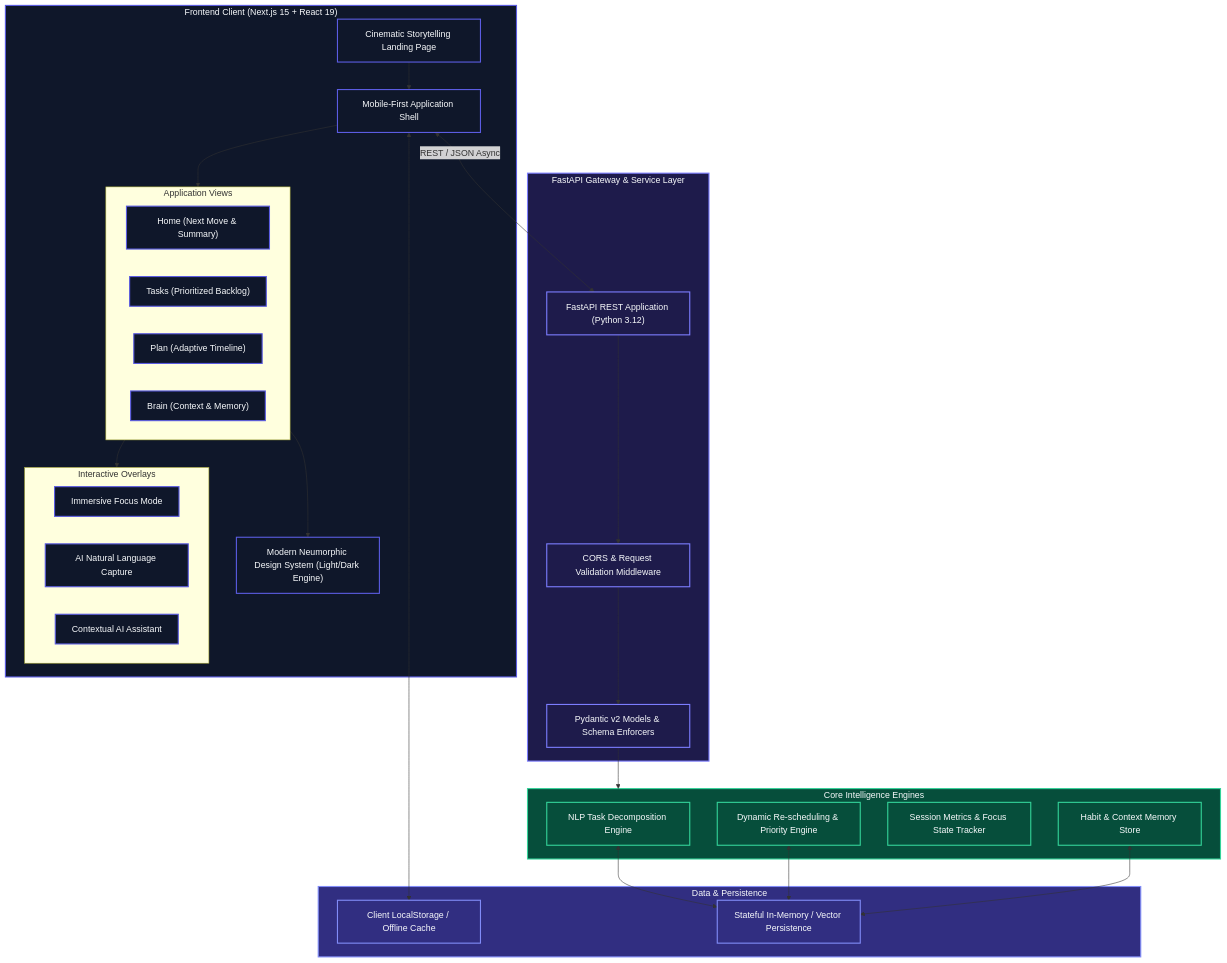
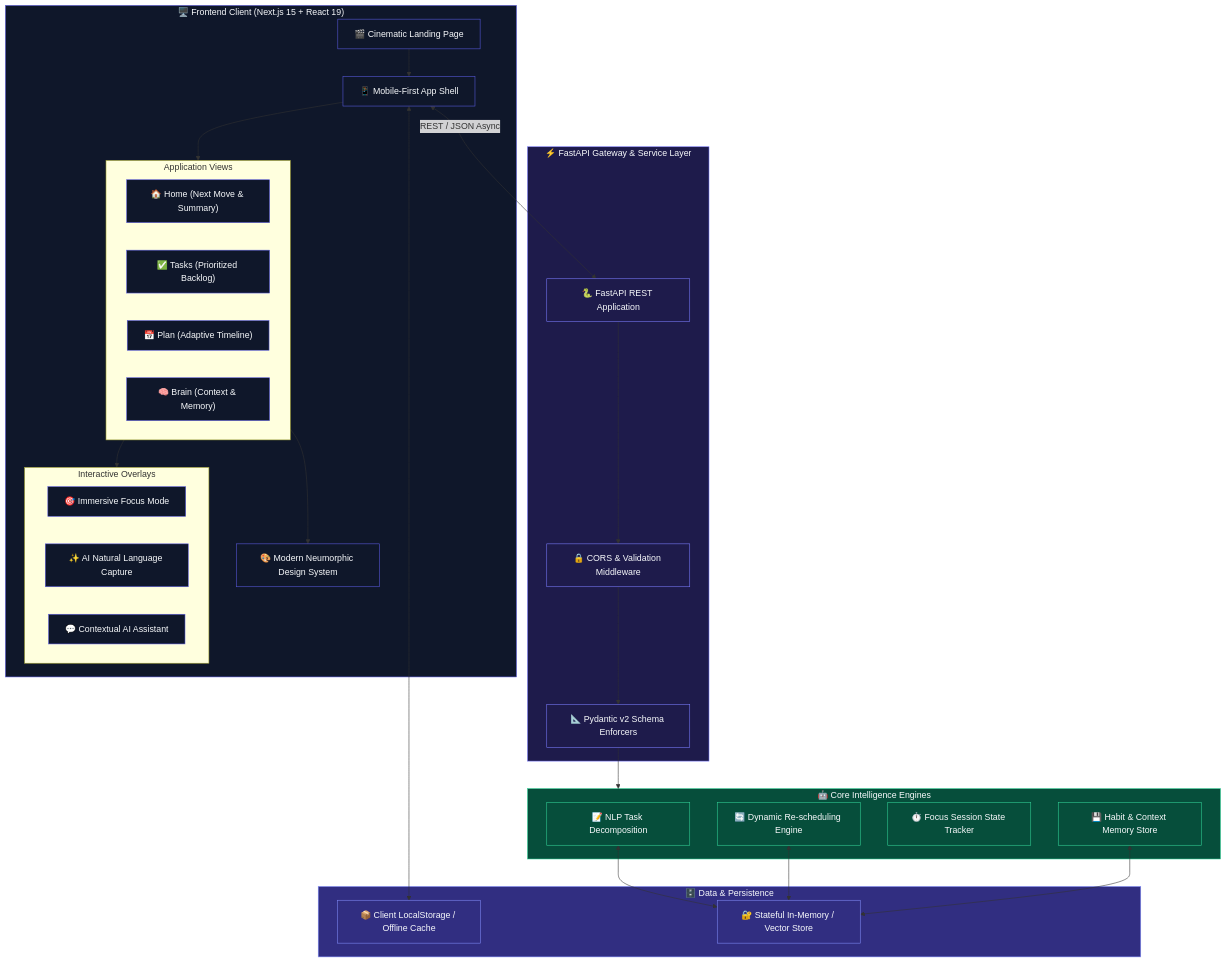
Before and after one commit to srinivas2s/flow: the second of 2 diagrams in README.md, drawn with Mermaid. The commit also changed other lines of this file, not shown here.

````diff
--- a/README.md
+++ b/README.md
@@ -98,66 +120,65 @@
 ```mermaid
 graph TB
-    subgraph Client["Frontend Client (Next.js 15 + React 19)"]
-        Landing["Cinematic Storytelling Landing Page"]
-        AppShell["Mobile-First Application Shell"]
-        
+    subgraph Client["🖥️ Frontend Client (Next.js 15 + React 19)"]
+        Landing["🎬 Cinematic Landing Page"]
+        AppShell["📱 Mobile-First App Shell"]
+
         subgraph AppScreens["Application Views"]
-            HomeScreen["Home (Next Move & Summary)"]
-            TaskScreen["Tasks (Prioritized Backlog)"]
-            PlanScreen["Plan (Adaptive Timeline)"]
-            BrainScreen["Brain (Context & Memory)"]
+            HomeScreen["🏠 Home (Next Move & Summary)"]
+            TaskScreen["✅ Tasks (Prioritized Backlog)"]
+            PlanScreen["📅 Plan (Adaptive Timeline)"]
+            BrainScreen["🧠 Brain (Context & Memory)"]
         end
-        
-        subgraph ModalsOverlays["Interactive Overlays"]
-            FocusOverlay["Immersive Focus Mode"]
-            CaptureModal["AI Natural Language Capture"]
-            AssistantDrawer["Contextual AI Assistant"]
+
+        subgraph Overlays["Interactive Overlays"]
+            FocusOverlay["🎯 Immersive Focus Mode"]
+            CaptureModal["✨ AI Natural Language Capture"]
+            AssistantDrawer["💬 Contextual AI Assistant"]
         end
-        
-        DesignSys["Modern Neumorphic Design System (Light/Dark Engine)"]
+
+        DesignSys["🎨 Modern Neumorphic Design System"]
     end
 
-    subgraph BackendGateway["FastAPI Gateway & Service Layer"]
-        FastAPIApp["FastAPI REST Application (Python 3.12)"]
-        CORS["CORS & Request Validation Middleware"]
-        PydanticSchemas["Pydantic v2 Models & Schema Enforcers"]
+    subgraph Backend["⚡ FastAPI Gateway & Service Layer"]
+        FastAPIApp["🐍 FastAPI REST Application"]
+        CORS["🔒 CORS & Validation Middleware"]
+        PydanticSchemas["📐 Pydantic v2 Schema Enforcers"]
     end
 
-    subgraph CoreEngines["Core Intelligence Engines"]
-        DecompEngine["NLP Task Decomposition Engine"]
-        AdaptiveEngine["Dynamic Re-scheduling & Priority Engine"]
-        FocusEngine["Session Metrics & Focus State Tracker"]
-        MemoryEngine["Habit & Context Memory Store"]
+    subgraph Engines["🤖 Core Intelligence Engines"]
+        DecompEngine["📝 NLP Task Decomposition"]
+        AdaptiveEngine["🔄 Dynamic Re-scheduling Engine"]
+        FocusEngine["⏱️ Focus Session State Tracker"]
+        MemoryEngine["💾 Habit & Context Memory Store"]
     end
 
-    subgraph DataStorage["Data & Persistence"]
-        LocalCache["Client LocalStorage / Offline Cache"]
-        BackendStore["Stateful In-Memory / Vector Persistence"]
+    subgraph Data["🗄️ Data & Persistence"]
+        LocalCache["📦 Client LocalStorage / Offline Cache"]
+        BackendStore["🔐 Stateful In-Memory / Vector Store"]
     end
 
-    %% Connections
-    Landing --> AppShell
-    AppShell --> AppScreens
-    AppScreens --> ModalsOverlays
+    Landing    --> AppShell
+    AppShell   --> AppScreens
+    AppScreens --> Overlays
     AppScreens --> DesignSys
-    
-    AppShell <-->|REST / JSON Async| FastAPIApp
-    FastAPIApp --> CORS
-    CORS --> PydanticSchemas
-    PydanticSchemas --> CoreEngines
-    
-    DecompEngine <--> BackendStore
+
+    AppShell          <-->|"REST / JSON Async"| FastAPIApp
+    FastAPIApp        --> CORS
+    CORS              --> PydanticSchemas
+    PydanticSchemas   --> Engines
+
+    DecompEngine   <--> BackendStore
     AdaptiveEngine <--> BackendStore
-    MemoryEngine <--> BackendStore
-    AppShell <--> LocalCache
+    MemoryEngine   <--> BackendStore
+    AppShell       <--> LocalCache
 
-    classDef clientStyle fill:#0F172A,stroke:#5B5CE2,stroke-width:2px,color:#F8FAFC;
-    classDef serverStyle fill:#1E1B4B,stroke:#7C7DFF,stroke-width:2px,color:#F8FAFC;
-    classDef engineStyle fill:#064E3B,stroke:#34D399,stroke-width:2px,color:#F8FAFC;
-    classDef storeStyle fill:#312E81,stroke:#818CF8,stroke-width:2px,color:#F8FAFC;
+    classDef clientStyle  fill:#0F172A,stroke:#5B5CE2,color:#F8FAFC
+    classDef serverStyle  fill:#1E1B4B,stroke:#7C7DFF,color:#F8FAFC
+    classDef engineStyle  fill:#064E3B,stroke:#34D399,color:#F8FAFC
+    classDef storeStyle   fill:#312E81,stroke:#818CF8,color:#F8FAFC
 
-    class Client,Landing,AppShell,HomeScreen,TaskScreen,PlanScreen,BrainScreen,FocusOverlay,CaptureModal,AssistantDrawer,DesignSys clientStyle;
-    class BackendGateway,FastAPIApp,CORS,PydanticSchemas serverStyle;
-    class CoreEngines,DecompEngine,AdaptiveEngine,FocusEngine,MemoryEngine engineStyle;
-    class DataStorage,LocalCache,BackendStore storeStyle;
+    class Client,Landing,AppShell,HomeScreen,TaskScreen,PlanScreen,BrainScreen,FocusOverlay,CaptureModal,AssistantDrawer,DesignSys clientStyle
+    class Backend,FastAPIApp,CORS,PydanticSchemas serverStyle
+    class Engines,DecompEngine,AdaptiveEngine,FocusEngine,MemoryEngine engineStyle
+    class Data,LocalCache,BackendStore storeStyle
 ```
````
